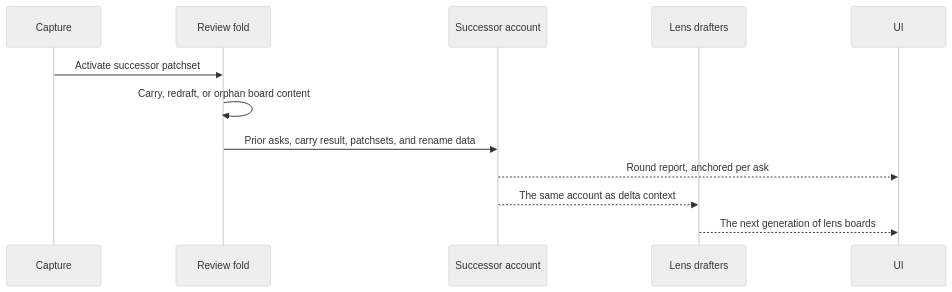
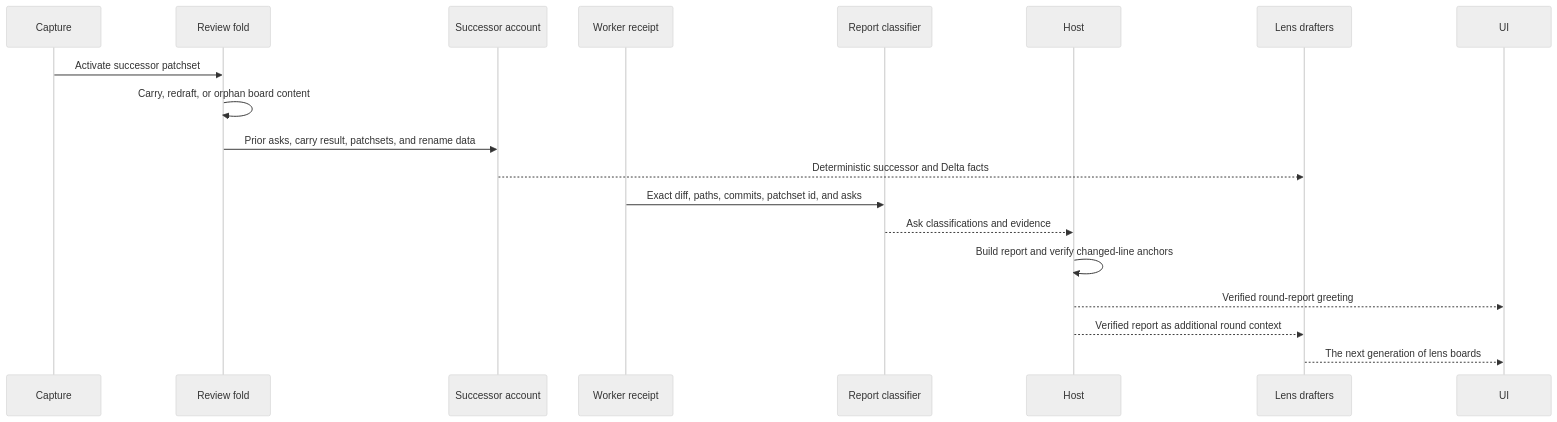
One commit to rbutera/Rennet changed the third of 3 diagrams in docs/developing/concepts/delta-rereview-and-lineage.md. Above: the diagram before and after it, drawn with Mermaid (neutral theme). The commit also changed other lines of this file and 50 other files, not shown here.

````diff
--- a/docs/developing/concepts/delta-rereview-and-lineage.md
+++ b/docs/developing/concepts/delta-rereview-and-lineage.md
@@ -141,15 +146,22 @@
 ```mermaid
 sequenceDiagram
   participant Capture
   participant Fold as Review fold
   participant Account as Successor account
+  participant Receipt as Worker receipt
+  participant Classifier as Report classifier
+  participant Host
   participant Drafters as Lens drafters
   participant UI
 
   Capture->>Fold: Activate successor patchset
   Fold->>Fold: Carry, redraft, or orphan board content
   Fold->>Account: Prior asks, carry result, patchsets, and rename data
-  Account-->>UI: Round report, anchored per ask
-  Account-->>Drafters: The same account as delta context
+  Account-->>Drafters: Deterministic successor and Delta facts
+  Receipt->>Classifier: Exact diff, paths, commits, patchset id, and asks
+  Classifier-->>Host: Ask classifications and evidence
+  Host->>Host: Build report and verify changed-line anchors
+  Host-->>UI: Verified round-report greeting
+  Host-->>Drafters: Verified report as additional round context
   Drafters-->>UI: The next generation of lens boards
 ```
````
